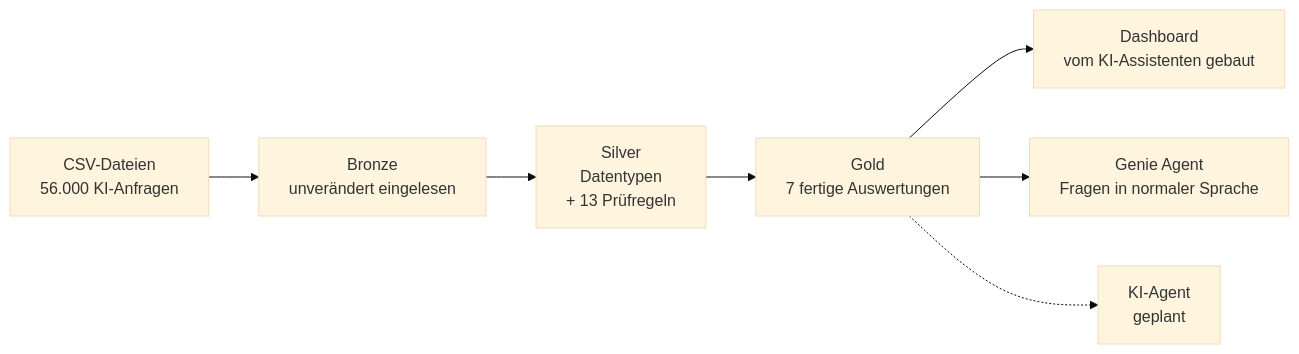
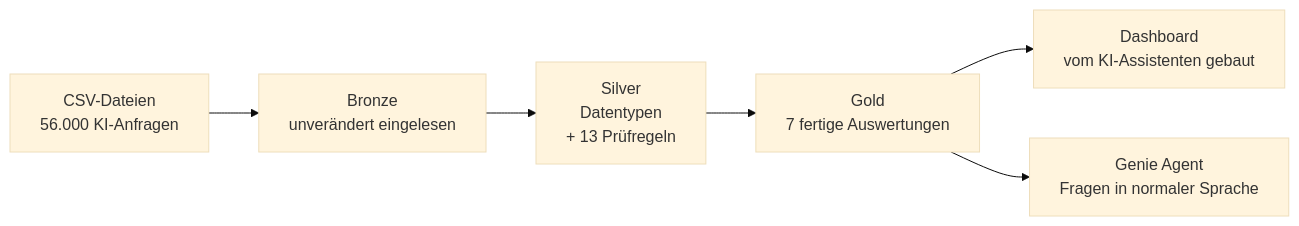
One commit to lea-zimmer-data/ki-nutzung-kosten-lakehouse changed the diagram in README.md. Above: the diagram before and after it, drawn with Mermaid (base theme). The commit also changed other lines of this file, not shown here.

````diff
--- a/README.md
+++ b/README.md
@@ -39,9 +41,8 @@
 ```mermaid
 flowchart LR
     A[CSV-Dateien<br/>56.000 KI-Anfragen] --> B[Bronze<br/>unverändert eingelesen]
     B --> C[Silver<br/>Datentypen<br/>+ 13 Prüfregeln]
     C --> D[Gold<br/>7 fertige Auswertungen]
     D --> E[Dashboard<br/>vom KI-Assistenten gebaut]
     D --> F[Genie Agent<br/>Fragen in normaler Sprache]
-    D -.-> G[KI-Agent<br/>geplant]
 ```
````
